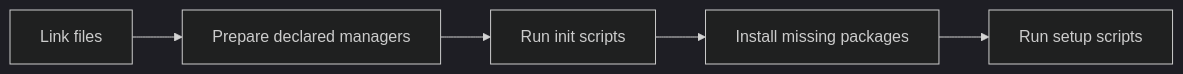
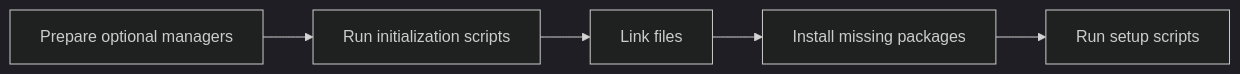
One commit to mohdfareed/machine changed the diagram in app/README.md. Above: the diagram before and after it, drawn with Mermaid (dark theme). The commit also changed other lines of this file and 102 other files, not shown here.

````diff
--- a/app/README.md
+++ b/app/README.md
@@ -9,7 +9,7 @@
 ```mermaid
 flowchart LR
-    Files[Link files] --> Managers[Prepare declared managers]
-    Managers --> Init[Run init scripts]
-    Init --> Packages[Install missing packages]
+    Managers[Prepare optional managers] --> Init[Run initialization scripts]
+    Init --> Files[Link files]
+    Files --> Packages[Install missing packages]
     Packages --> Scripts[Run setup scripts]
 ```
````
